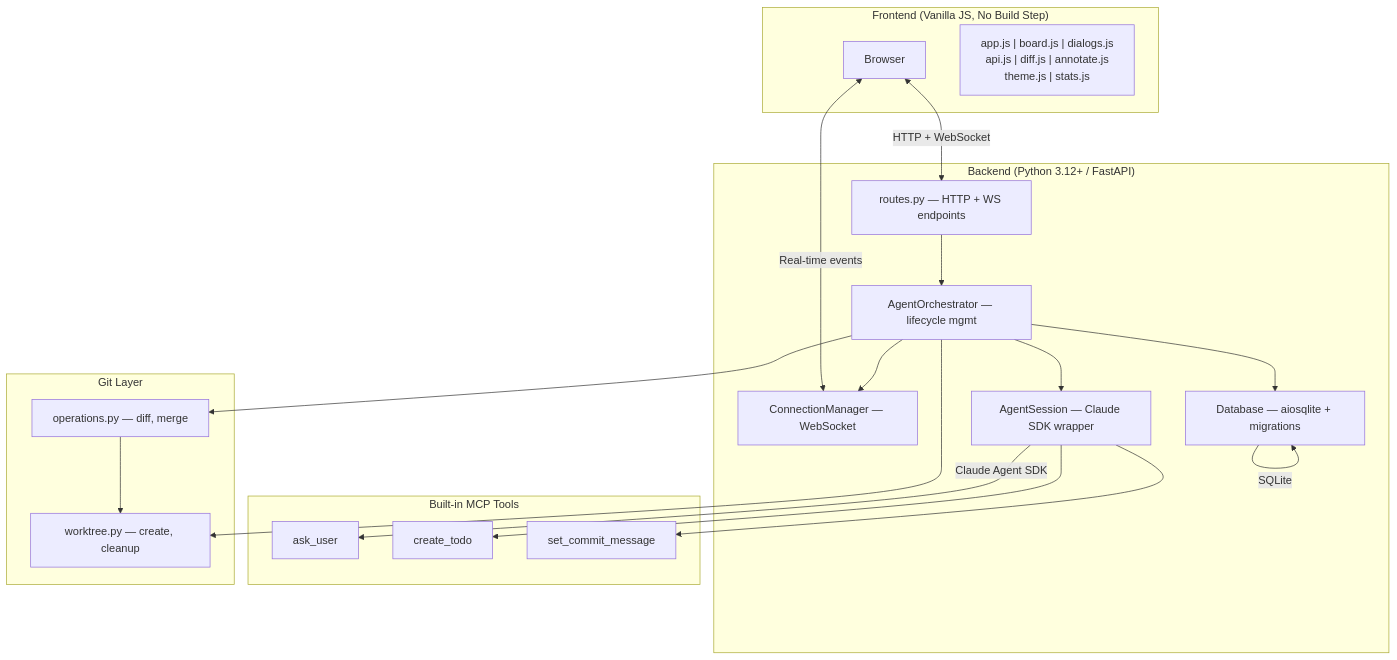
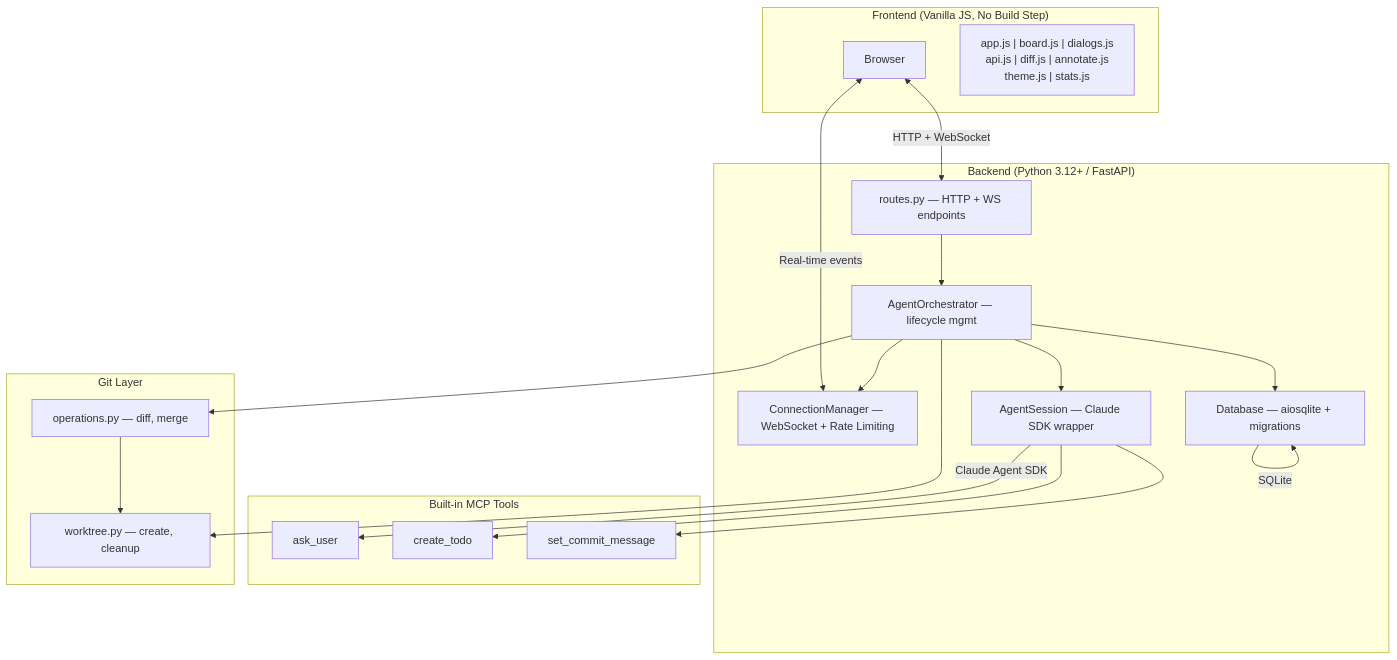
One commit to epatel/claude-agents-dashboard changed the second of 4 diagrams in README.md. Above: the diagram before and after it, drawn with Mermaid. The commit also changed other lines of this file and 2 other files, not shown here.

Commit message:
Update assessment, README, and CLAUDE.md for WebSocket rate limiting, git timeouts, base branch tracking, and 78 tests

````diff
--- a/README.md
+++ b/README.md
@@ -94,40 +97,40 @@
 ```mermaid
 graph TB
     subgraph Frontend["Frontend (Vanilla JS, No Build Step)"]
         Browser["Browser"]
         JS["app.js | board.js | dialogs.js<br/>api.js | diff.js | annotate.js<br/>theme.js | stats.js"]
     end
 
     subgraph Backend["Backend (Python 3.12+ / FastAPI)"]
         Routes["routes.py — HTTP + WS endpoints"]
-        WSMgr["ConnectionManager — WebSocket"]
+        WSMgr["ConnectionManager — WebSocket + Rate Limiting"]
         Orch["AgentOrchestrator — lifecycle mgmt"]
         Sess["AgentSession — Claude SDK wrapper"]
         DB["Database — aiosqlite + migrations"]
     end
 
     subgraph MCP["Built-in MCP Tools"]
         Ask["ask_user"]
         TodoTool["create_todo"]
         CommitTool["set_commit_message"]
     end
 
     subgraph GitLayer["Git Layer"]
         GitOps["operations.py — diff, merge"]
         WT["worktree.py — create, cleanup"]
     end
 
     Browser <-->|"HTTP + WebSocket"| Routes
     Routes --> Orch
     Orch --> Sess
     Orch --> DB
     Orch --> GitOps
     Orch --> WT
     Orch --> WSMgr
     WSMgr <-->|"Real-time events"| Browser
     Sess -->|"Claude Agent SDK"| Ask
     Sess --> TodoTool
     Sess --> CommitTool
     DB -->|SQLite| DB
     GitOps --> WT
 ```
````
